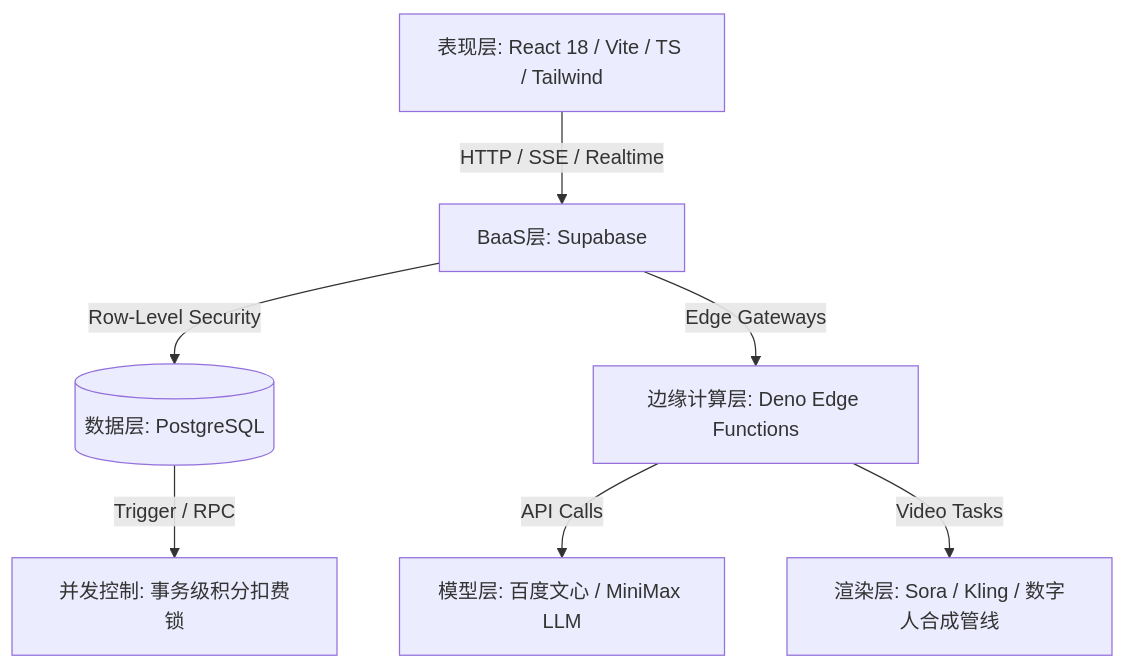
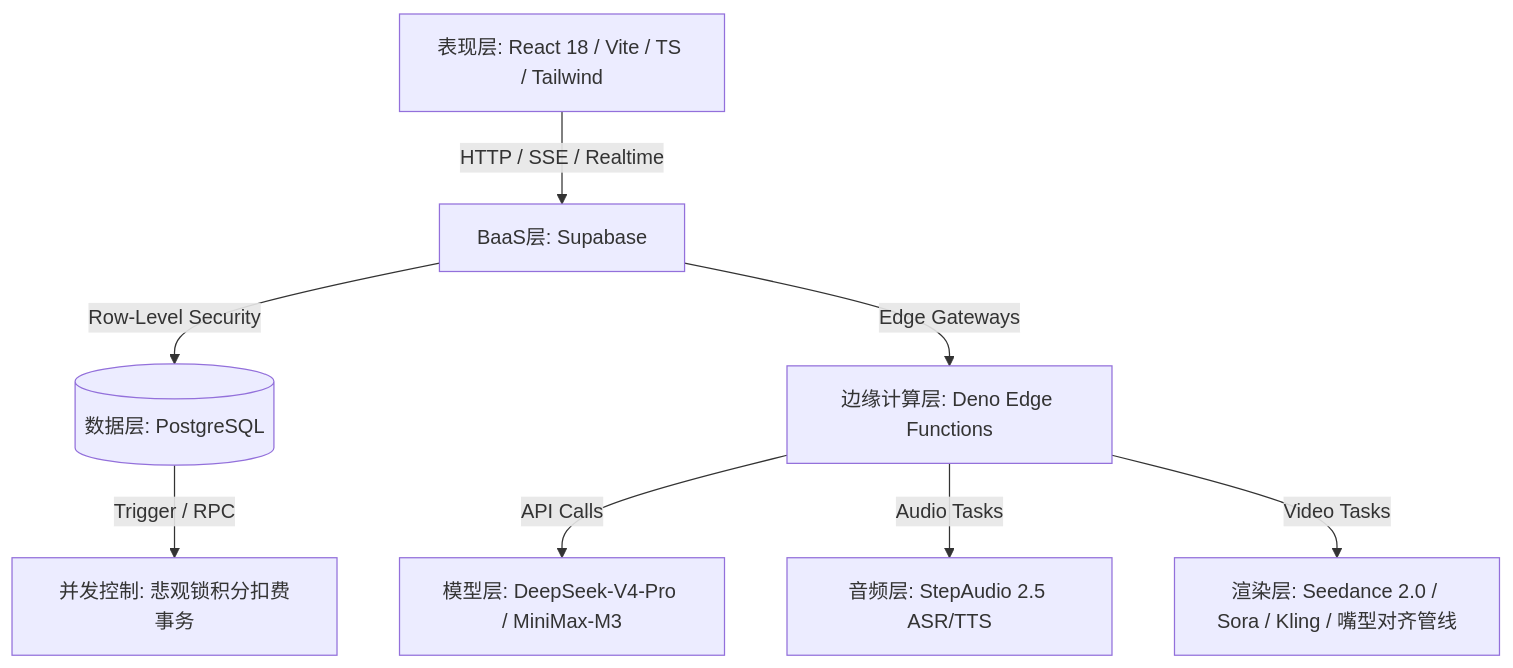
Before and after one commit to Hibiscus00/Shopro-AI: the first of 2 diagrams in GMI.md, drawn with Mermaid. The commit also changed other lines of this file and 2 other files, not shown here.

````diff
--- a/GMI.md
+++ b/GMI.md
@@ -83,9 +84,10 @@
 ```mermaid
 graph TD
     UI[表现层: React 18 / Vite / TS / Tailwind] -->|HTTP / SSE / Realtime| BaaS[BaaS层: Supabase]
     BaaS -->|Row-Level Security| DB[(数据层: PostgreSQL)]
-    DB -->|Trigger / RPC| Security[并发控制: 事务级积分扣费锁]
+    DB -->|Trigger / RPC| Security[并发控制: 悲观锁积分扣费事务]
     BaaS -->|Edge Gateways| Edge[边缘计算层: Deno Edge Functions]
-    Edge -->|API Calls| LLM[模型层: 百度文心 / MiniMax LLM]
-    Edge -->|Video Tasks| VideoAI[渲染层: Sora / Kling / 数字人合成管线]
+    Edge -->|API Calls| LLM[模型层: DeepSeek-V4-Pro / MiniMax-M3]
+    Edge -->|Audio Tasks| AudioAI[音频层: StepAudio 2.5 ASR/TTS]
+    Edge -->|Video Tasks| VideoAI[渲染层: Seedance 2.0 / Sora / Kling / 嘴型对齐管线]
 ```
````
